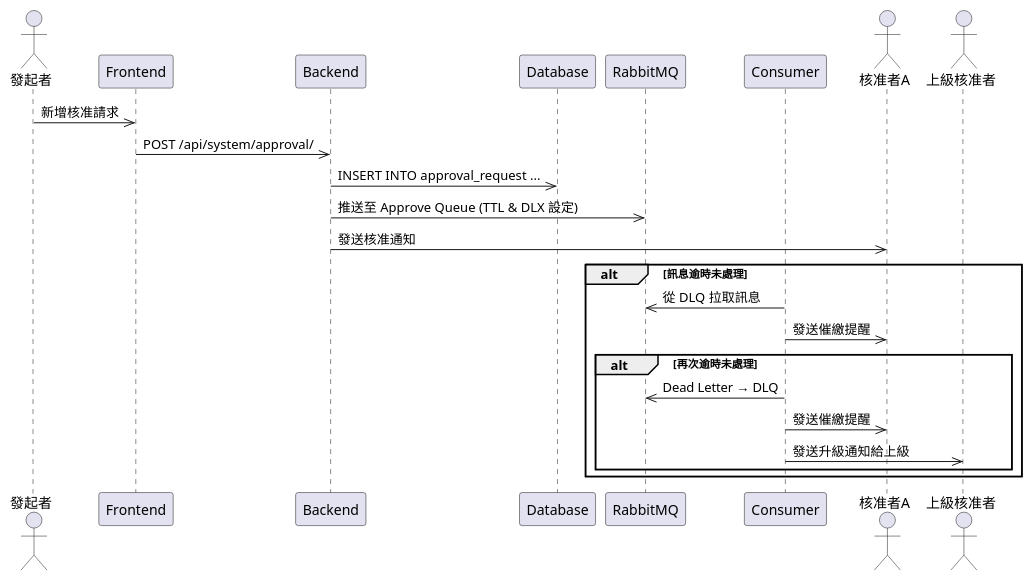
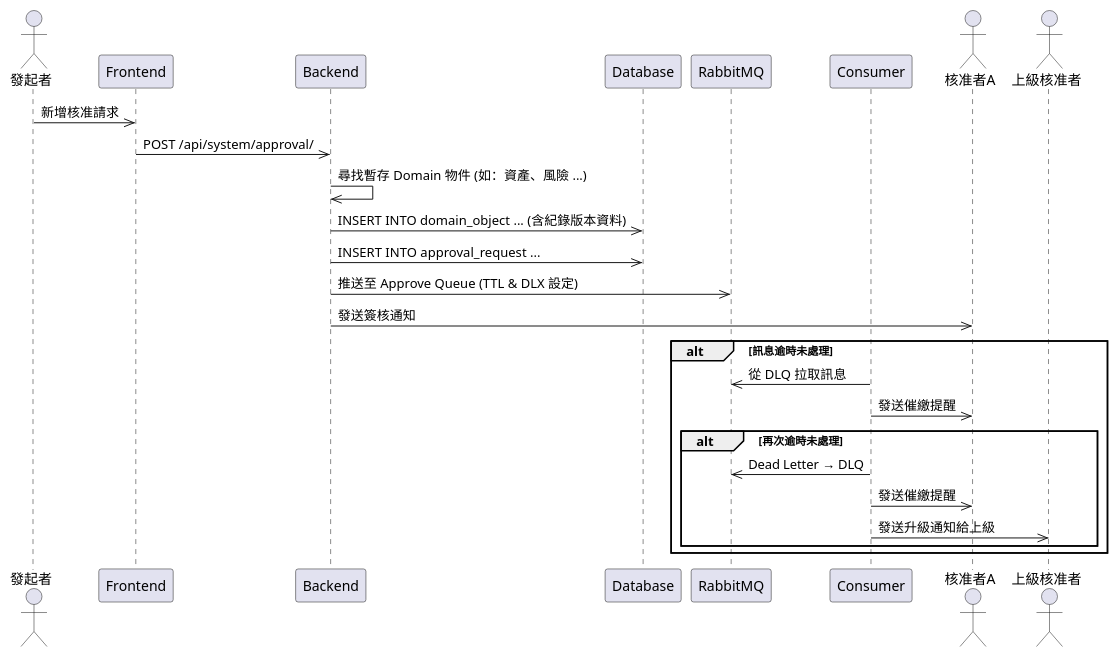
The diagram in plantUML/sequence/approval_notify.puml (walle45611/NTUB_SecuManag_Diagram), drawn with PlantUML before and after one commit. The commit also changed 18 other files, not shown here.

First line of the commit message:
(modify): 循序圖調整 (#73)

```diff
--- a/plantUML/sequence/approval_notify.puml
+++ b/plantUML/sequence/approval_notify.puml
@@ -1,26 +1,28 @@
 @startuml
 actor User as "發起者"
 participant Frontend
 participant Backend
 participant Database
 participant RabbitMQ
 participant Consumer
 actor ReviewerA as "核准者A"
 actor ReviewerB as "上級核准者"
 
 User ->> Frontend: 新增核准請求
 Frontend ->> Backend: POST /api/system/approval/
+Backend ->> Backend: 尋找暫存 Domain 物件 (如：資產、風險 ...)
+Backend ->> Database: INSERT INTO domain_object ... (含紀錄版本資料)
 Backend ->> Database: INSERT INTO approval_request ...
 Backend ->> RabbitMQ: 推送至 Approve Queue (TTL & DLX 設定)
-Backend ->> ReviewerA: 發送核准通知
+Backend ->> ReviewerA: 發送簽核通知
 
 alt 訊息逾時未處理
     Consumer ->> RabbitMQ: 從 DLQ 拉取訊息
     Consumer ->> ReviewerA: 發送催繳提醒
     alt 再次逾時未處理
         Consumer ->> RabbitMQ: Dead Letter → DLQ
         Consumer ->> ReviewerA: 發送催繳提醒
         Consumer ->> ReviewerB: 發送升級通知給上級
     end
 end
 @enduml
```
